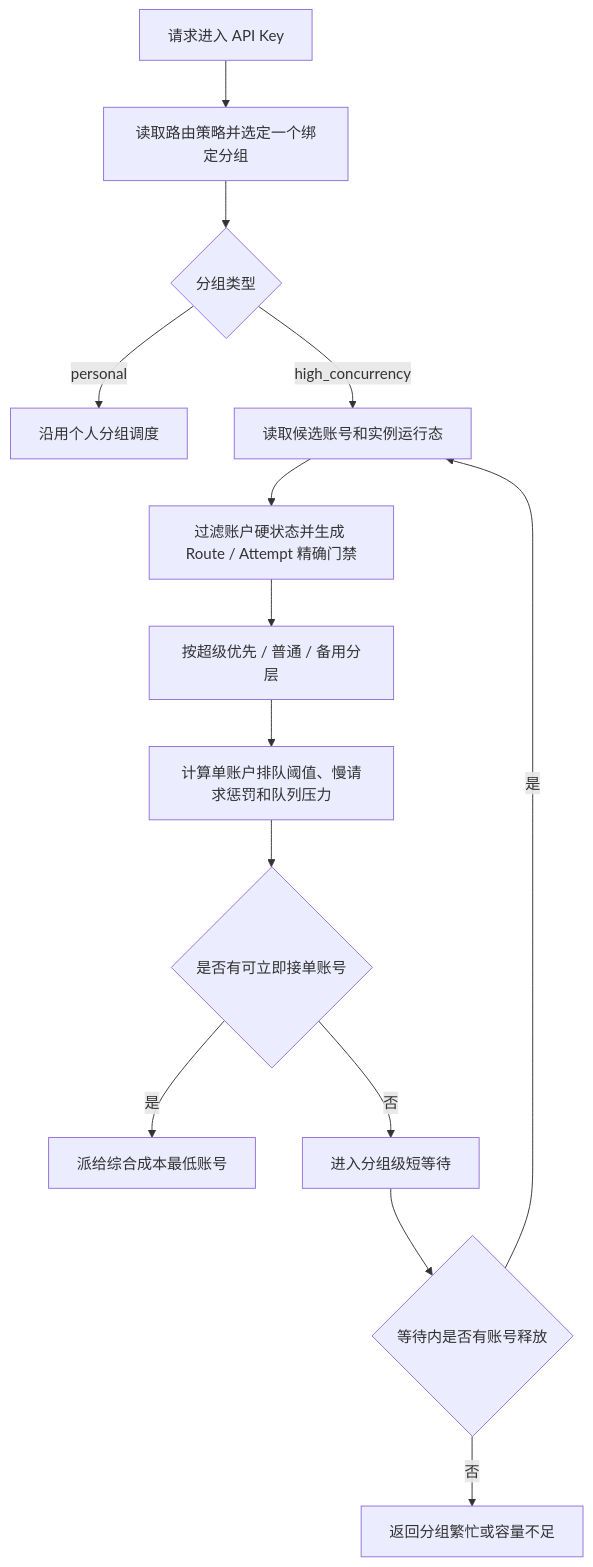
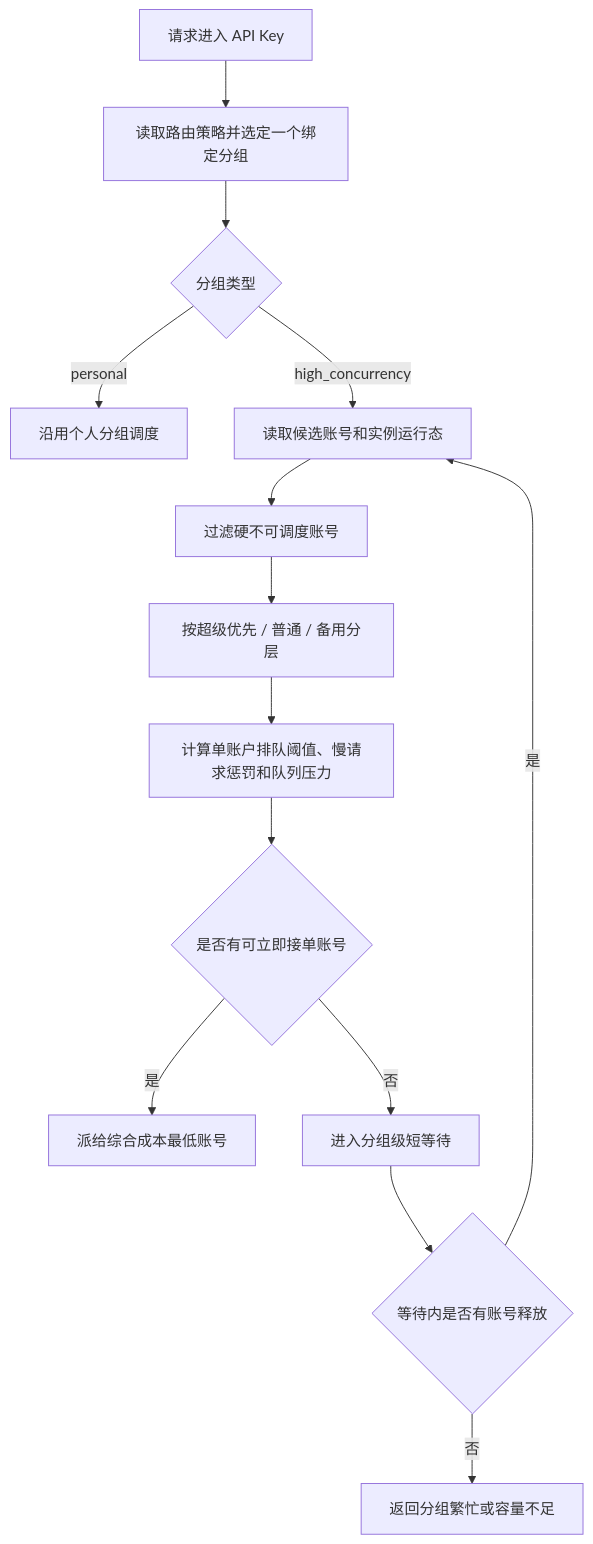
The diagram in docs/functions/高并发分组调度设计.md (huanmin123/juhe-ai), drawn with Mermaid before and after one commit. The commit also changed other lines of this file and 153 other files, not shown here.

````diff
--- a/docs/functions/高并发分组调度设计.md
+++ b/docs/functions/高并发分组调度设计.md
@@ -115,16 +115,16 @@
 ```mermaid
 flowchart TD
   A["请求进入 API Key"] --> B["读取路由策略并选定一个绑定分组"]
   B --> C{"分组类型"}
   C -- "personal" --> D["沿用个人分组调度"]
   C -- "high_concurrency" --> E["读取候选账号和实例运行态"]
-  E --> F["过滤账户硬状态并生成 Route / Attempt 精确门禁"]
+  E --> F["过滤硬不可调度账号"]
   F --> G["按超级优先 / 普通 / 备用分层"]
   G --> H["计算单账户排队阈值、慢请求惩罚和队列压力"]
   H --> I{"是否有可立即接单账号"}
   I -- "是" --> J["派给综合成本最低账号"]
   I -- "否" --> K["进入分组级短等待"]
   K --> L{"等待内是否有账号释放"}
   L -- "是" --> E
   L -- "否" --> M["返回分组繁忙或容量不足"]
 ```
````
